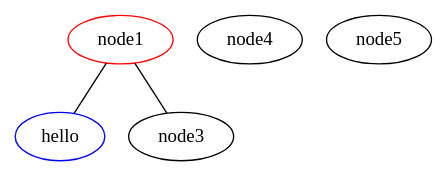
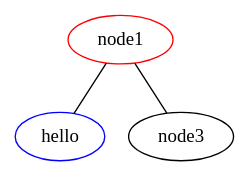
The diagram in 2021-dot-runtime/TestDot/src/test.dot (acachadina/6CCS3MDE_Coursework), drawn with Graphviz before and after one commit. The commit also changed 42 other files, not shown here.

```diff
--- a/2021-dot-runtime/TestDot/src/test.dot
+++ b/2021-dot-runtime/TestDot/src/test.dot
@@ -1,10 +1,7 @@
 graph anna {
 	node1 [color = red, label=node1]
 	node2 [color=blue, marta=hola, label=hello]
 	node3 
-	node4
-	node5
 	
-	node1--node2
-	node1--node3
+	node1 -- {node2 node3}
 }
```
